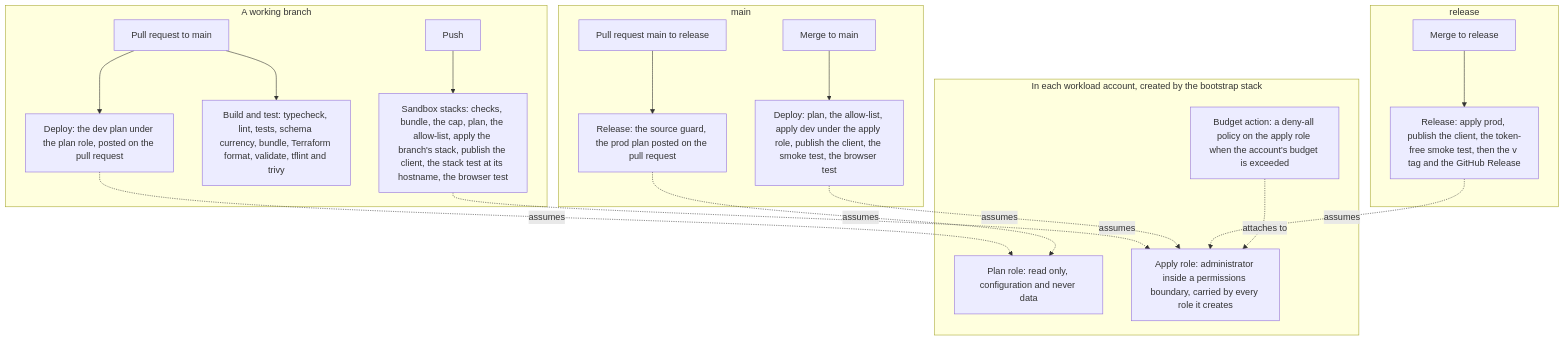
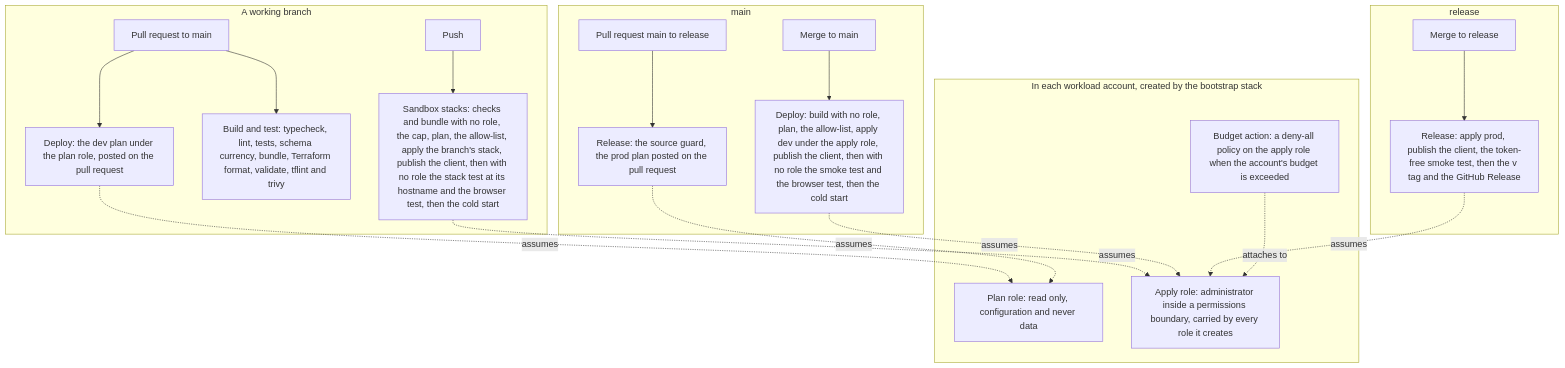
One commit to Heroic-Enterprise-Adventure-Time/HEAT changed the third of 3 diagrams in docs/architecture/overview.md. Above: the diagram before and after it, drawn with Mermaid. The commit also changed other lines of this file and 3 other files, not shown here.

````diff
--- a/docs/architecture/overview.md
+++ b/docs/architecture/overview.md
@@ -69,26 +69,26 @@
 ```mermaid
 flowchart TB
   subgraph branch["A working branch"]
-    push["Push"] --> sandbox["Sandbox stacks: checks, bundle, the cap, plan, the allow-list, apply the branch's stack, publish the client, the stack test at its hostname, the browser test"]
+    push["Push"] --> sandbox["Sandbox stacks: checks and bundle with no role, the cap, plan, the allow-list, apply the branch's stack, publish the client, then with no role the stack test at its hostname and the browser test, then the cold start"]
     pr["Pull request to main"] --> ci["Build and test: typecheck, lint, tests, schema currency, bundle, Terraform format, validate, tflint and trivy"]
     pr --> devplan["Deploy: the dev plan under the plan role, posted on the pull request"]
   end
   subgraph mainb["main"]
-    merge["Merge to main"] --> dev["Deploy: plan, the allow-list, apply dev under the apply role, publish the client, the smoke test, the browser test"]
+    merge["Merge to main"] --> dev["Deploy: build with no role, plan, the allow-list, apply dev under the apply role, publish the client, then with no role the smoke test and the browser test, then the cold start"]
     rpr["Pull request main to release"] --> guard["Release: the source guard, the prod plan posted on the pull request"]
   end
   subgraph releaseb["release"]
     rmerge["Merge to release"] --> prod["Release: apply prod, publish the client, the token-free smoke test, then the v tag and the GitHub Release"]
   end
   subgraph account["In each workload account, created by the bootstrap stack"]
     planrole["Plan role: read only, configuration and never data"]
     applyrole["Apply role: administrator inside a permissions boundary, carried by every role it creates"]
     budget["Budget action: a deny-all policy on the apply role when the account's budget is exceeded"]
   end
   devplan -. assumes .-> planrole
   guard -. assumes .-> planrole
   sandbox -. assumes .-> applyrole
   dev -. assumes .-> applyrole
   prod -. assumes .-> applyrole
   budget -. attaches to .-> applyrole
 ```
````
